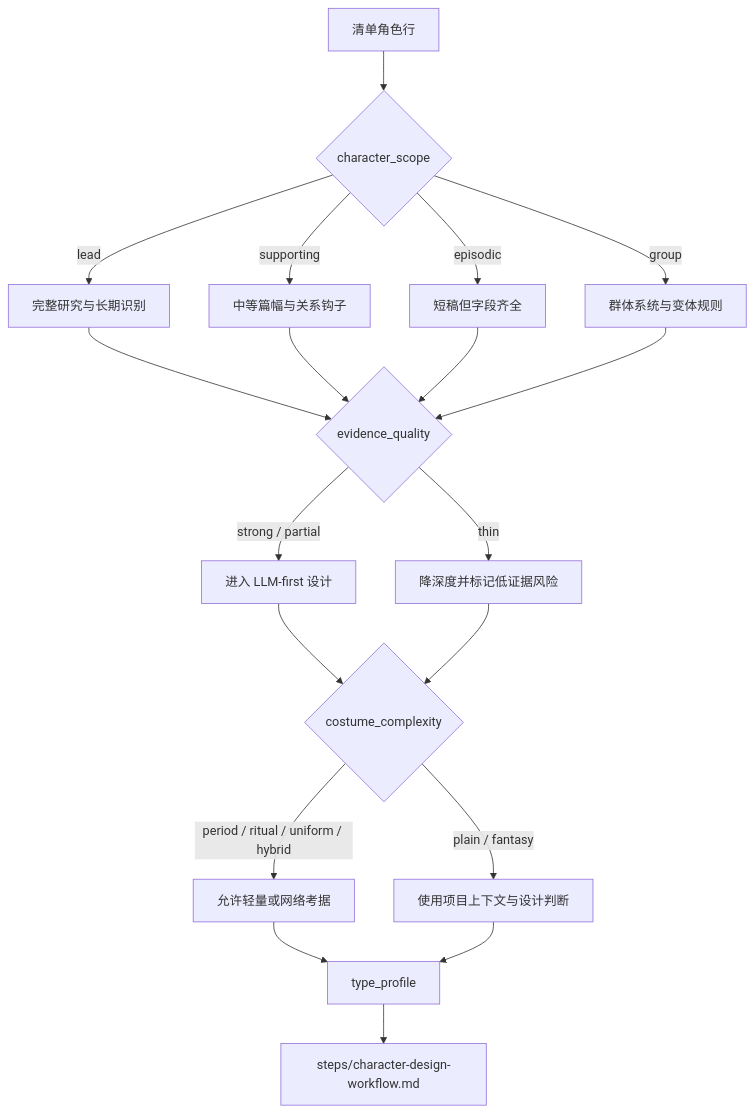
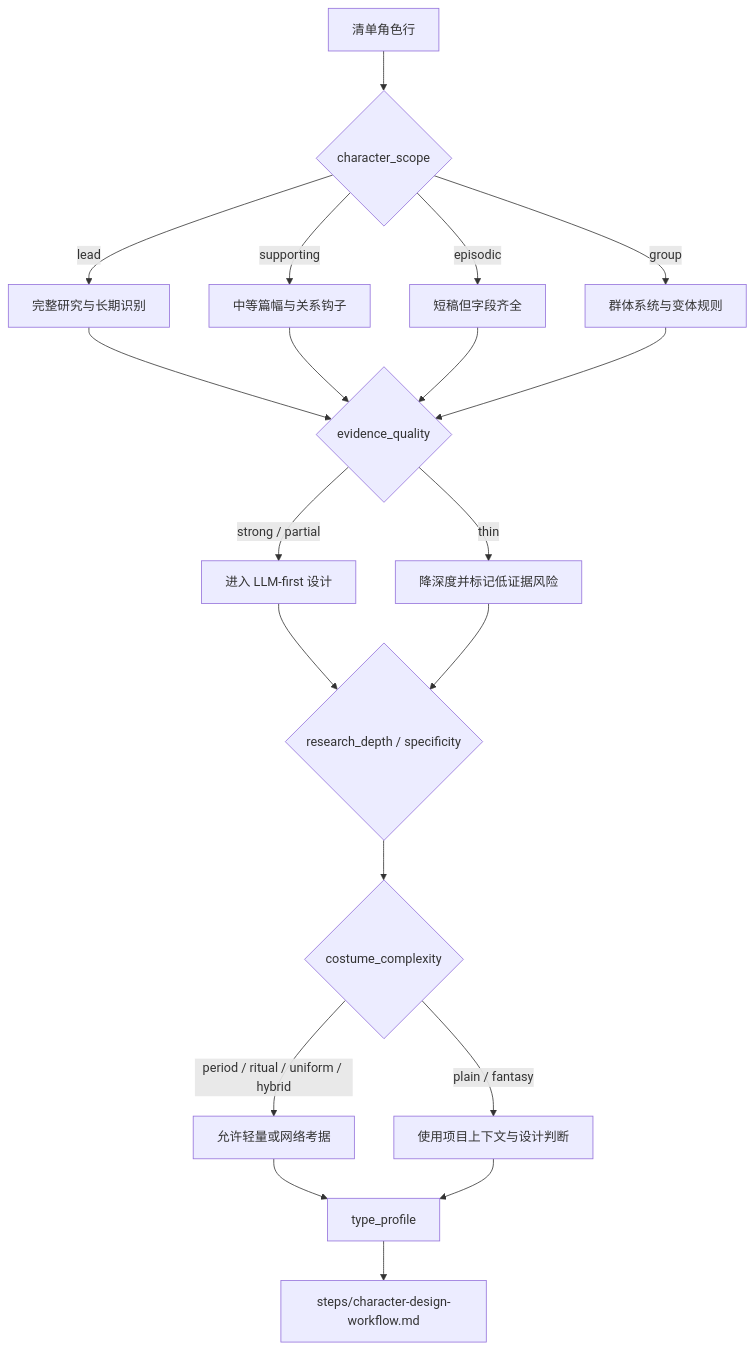
One commit to ZEN-VOID/AI-CUT changed the diagram in .agents/skills/aigc/5-设计/角色/2-设计/types/character-design-type-map.md. Above: the diagram before and after it, drawn with Mermaid. The commit also changed other lines of this file and 526 other files, not shown here.

````diff
--- a/.agents/skills/aigc/5-设计/角色/2-设计/types/character-design-type-map.md
+++ b/.agents/skills/aigc/5-设计/角色/2-设计/types/character-design-type-map.md
@@ -28,21 +34,22 @@
 ```mermaid
 flowchart TD
     A["清单角色行"] --> B{"character_scope"}
     B -->|"lead"| C["完整研究与长期识别"]
     B -->|"supporting"| D["中等篇幅与关系钩子"]
     B -->|"episodic"| E["短稿但字段齐全"]
     B -->|"group"| F["群体系统与变体规则"]
     C --> G{"evidence_quality"}
     D --> G
     E --> G
     F --> G
     G -->|"strong / partial"| H["进入 LLM-first 设计"]
     G -->|"thin"| I["降深度并标记低证据风险"]
-    H --> J{"costume_complexity"}
-    I --> J
+    H --> R{"research_depth / specificity"}
+    I --> R
+    R --> J{"costume_complexity"}
     J -->|"period / ritual / uniform / hybrid"| K["允许轻量或网络考据"]
     J -->|"plain / fantasy"| L["使用项目上下文与设计判断"]
     K --> M["type_profile"]
     L --> M
     M --> N["steps/character-design-workflow.md"]
 ```
````
